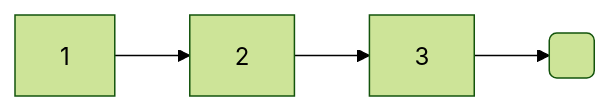
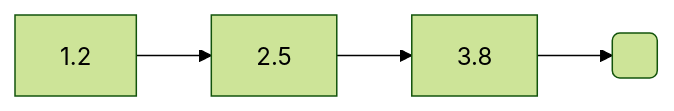
Before and after one commit to 4nt0ineB/MyLittleCLibrary: the first of 8 diagrams in README.md, drawn with Mermaid (forest theme). The commit also changed other lines of this file, not shown here.

````diff
--- a/README.md
+++ b/README.md
@@ -100,7 +157,7 @@
 ```mermaid
 flowchart  LR
-  1
-	--> 2
-	--> 3
+  1.2
+	--> 2.5
+	--> 3.8
 	--> e( )
 ```
````
